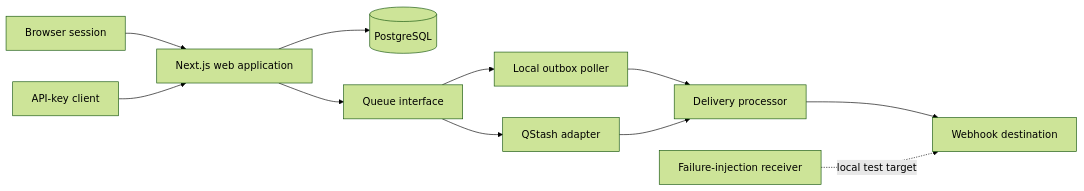
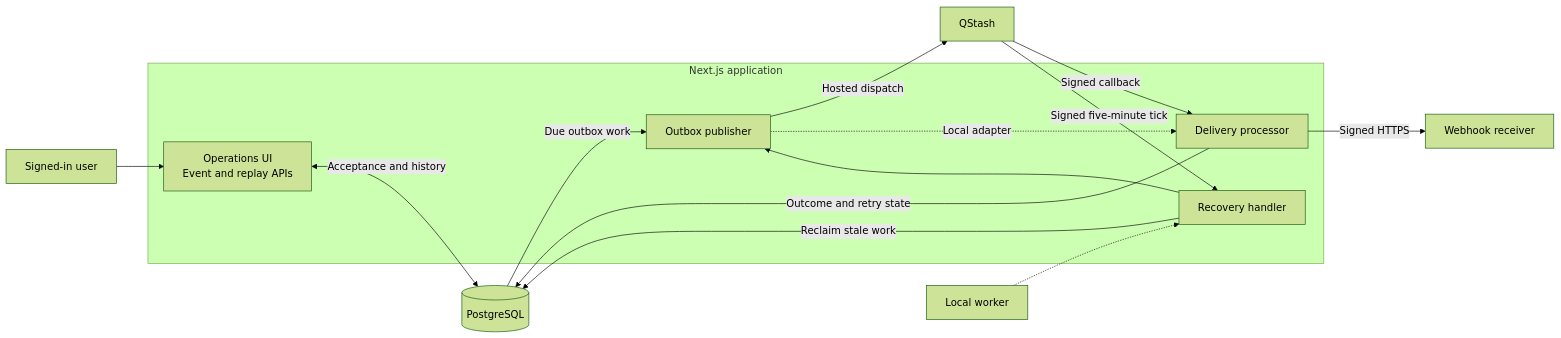
One commit to mubidotjs/reliable-webhook-platform changed the first of 2 diagrams in docs/architecture.md. Above: the diagram before and after it, drawn with Mermaid (forest theme). The commit also changed other lines of this file and 5 other files, not shown here.

````diff
--- a/docs/architecture.md
+++ b/docs/architecture.md
@@ -7,13 +7,21 @@
 ```mermaid
 flowchart LR
-  Browser[Browser session] --> Web[Next.js web application]
-  Client[API-key client] --> Web
-  Web --> DB[(PostgreSQL)]
-  Web --> Queue[Queue interface]
-  Queue --> Local[Local outbox poller]
-  Queue --> QStash[QStash adapter]
-  Local --> Processor[Delivery processor]
-  QStash --> Processor
-  Processor --> Destination[Webhook destination]
-  Receiver[Failure-injection receiver] -. local test target .-> Destination
+  User[Signed-in user] --> UI
+  subgraph App[Next.js application]
+    UI["Operations UI<br/>Event and replay APIs"]
+    Publisher[Outbox publisher]
+    Processor[Delivery processor]
+    Recovery[Recovery handler]
+  end
+  UI <-->|Acceptance and history| DB[(PostgreSQL)]
+  DB -->|Due outbox work| Publisher
+  Publisher -->|Hosted dispatch| Q[QStash]
+  Q -->|Signed callback| Processor
+  Q -->|Signed five-minute tick| Recovery
+  Recovery -->|Reclaim stale work| DB
+  Recovery --> Publisher
+  Local[Local worker] -.-> Recovery
+  Publisher -. Local adapter .-> Processor
+  Processor -->|Signed HTTPS| Destination[Webhook receiver]
+  Processor -->|Outcome and retry state| DB
 ```
````
